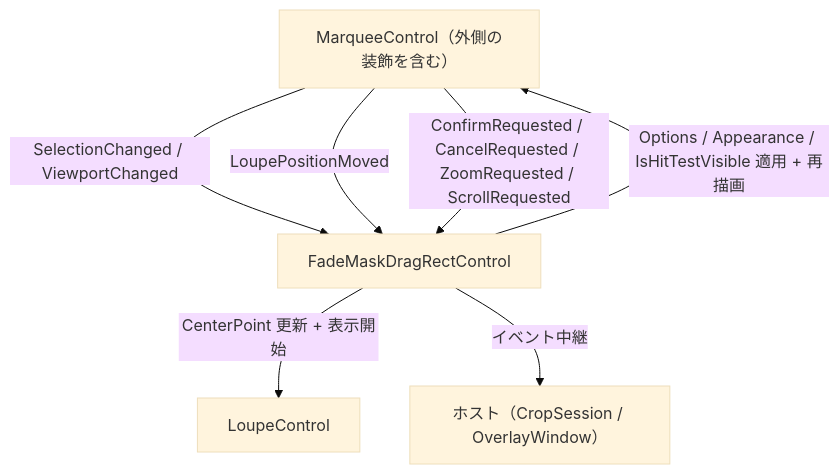
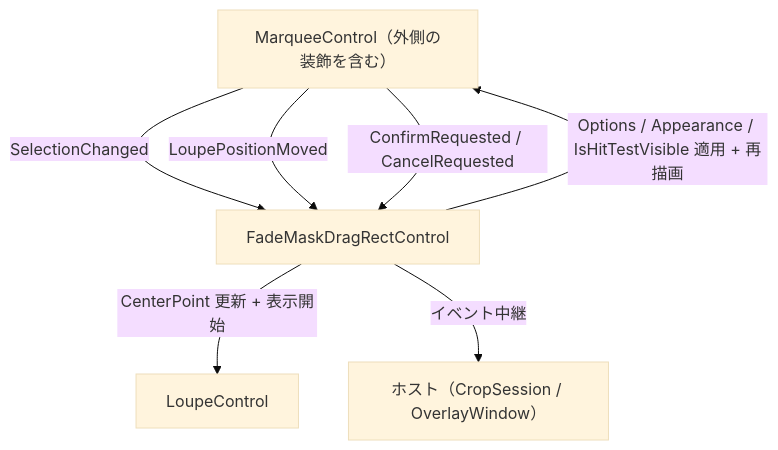
Before and after one commit to tomokuni/SaveEvidence: the diagram in src/FadeMaskDragRectControl.AvaloniaUI/SPEC_ExtFunc.md, drawn with Mermaid (base theme). The commit also changed other lines of this file and 10 other files, not shown here.

````diff
--- a/src/FadeMaskDragRectControl.AvaloniaUI/SPEC_ExtFunc.md
+++ b/src/FadeMaskDragRectControl.AvaloniaUI/SPEC_ExtFunc.md
@@ -223,10 +227,10 @@
 ```mermaid
 graph TD
-    DR["MarqueeControl（外側の装飾を含む）"] -->|"SelectionChanged / ViewportChanged"| SC["FadeMaskDragRectControl"]
+    DR["MarqueeControl（外側の装飾を含む）"] -->|"SelectionChanged"| SC["FadeMaskDragRectControl"]
 
     DR -->|"LoupePositionMoved"| SC
-    DR -->|"ConfirmRequested / CancelRequested / ZoomRequested / ScrollRequested"| SC
+    DR -->|"ConfirmRequested / CancelRequested"| SC
     SC -->|"Options / Appearance / IsHitTestVisible 適用 + 再描画"| DR
     SC -->|"CenterPoint 更新 + 表示開始"| LC["LoupeControl"]
     SC -->|"イベント中継"| HOST["ホスト（CropSession / OverlayWindow）"]
 ```
````
